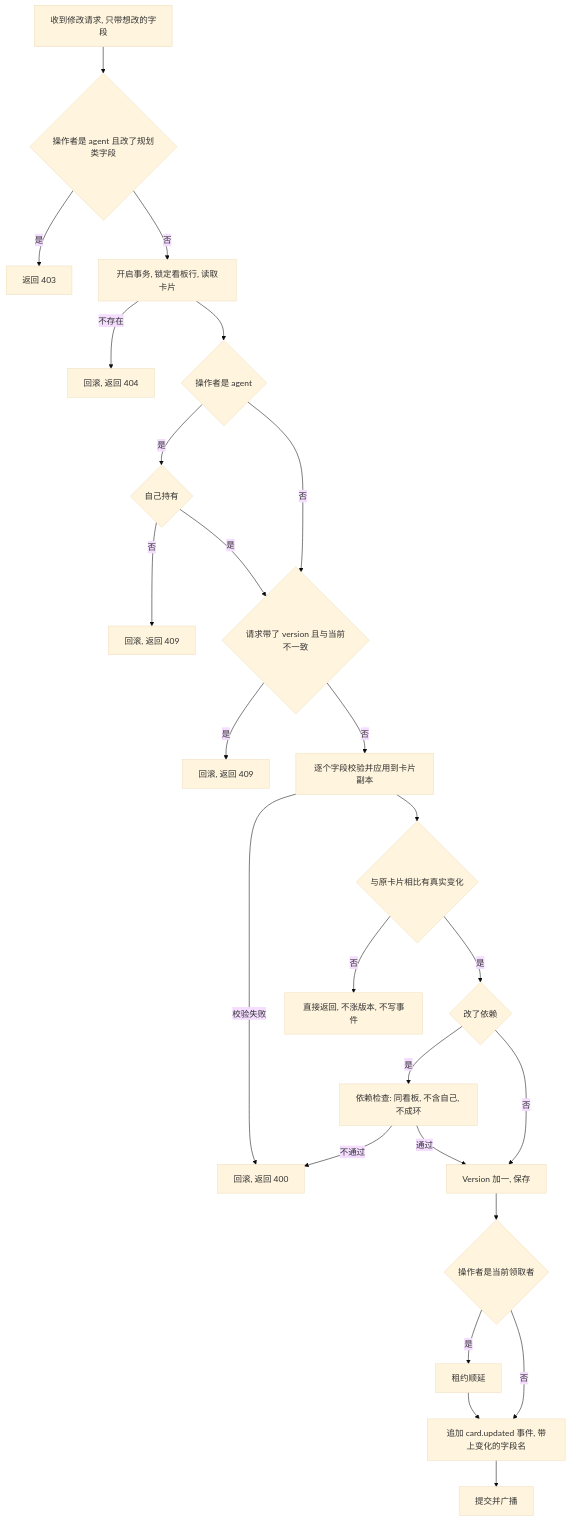
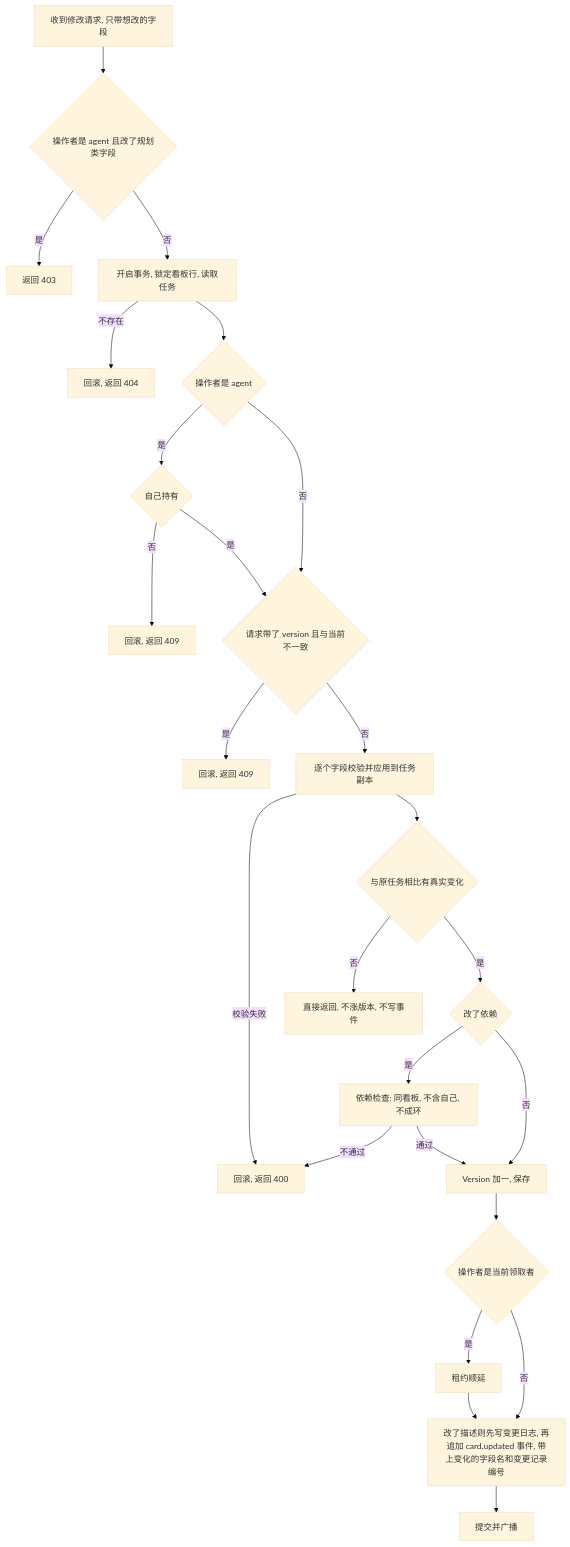
The second of 4 diagrams in .cursor/scopes/kanban.card.go.md (ixugo/slate-kanban), drawn with Mermaid (base theme) before and after one commit. The commit also changed other lines of this file and 49 other files, not shown here.

````diff
--- a/.cursor/scopes/kanban.card.go.md
+++ b/.cursor/scopes/kanban.card.go.md
@@ -94,27 +94,27 @@
 ```mermaid
 flowchart TD
     A[收到修改请求, 只带想改的字段] --> A1{操作者是 agent 且改了规划类字段}
     A1 -->|是| Z2[返回 403]
-    A1 -->|否| B[开启事务, 锁定看板行, 读取卡片]
+    A1 -->|否| B[开启事务, 锁定看板行, 读取任务]
     B -->|不存在| Z1[回滚, 返回 404]
     B --> C{操作者是 agent}
     C -->|是| D{自己持有}
     D -->|否| Z5[回滚, 返回 409]
     D -->|是| F
     C -->|否| F{请求带了 version 且与当前不一致}
     F -->|是| Z3[回滚, 返回 409]
-    F -->|否| G[逐个字段校验并应用到卡片副本]
+    F -->|否| G[逐个字段校验并应用到任务副本]
     G -->|校验失败| Z4[回滚, 返回 400]
-    G --> H{与原卡片相比有真实变化}
+    G --> H{与原任务相比有真实变化}
     H -->|否| I[直接返回, 不涨版本, 不写事件]
     H -->|是| H2{改了依赖}
     H2 -->|是| H3[依赖检查: 同看板, 不含自己, 不成环]
     H3 -->|不通过| Z4
     H3 -->|通过| J
     H2 -->|否| J[Version 加一, 保存]
     J --> K{操作者是当前领取者}
     K -->|是| L[租约顺延]
     K -->|否| M
-    L --> M[追加 card.updated 事件, 带上变化的字段名]
+    L --> M[改了描述则先写变更日志, 再追加 card.updated 事件, 带上变化的字段名和变更记录编号]
     M --> N[提交并广播]
 ```
````
